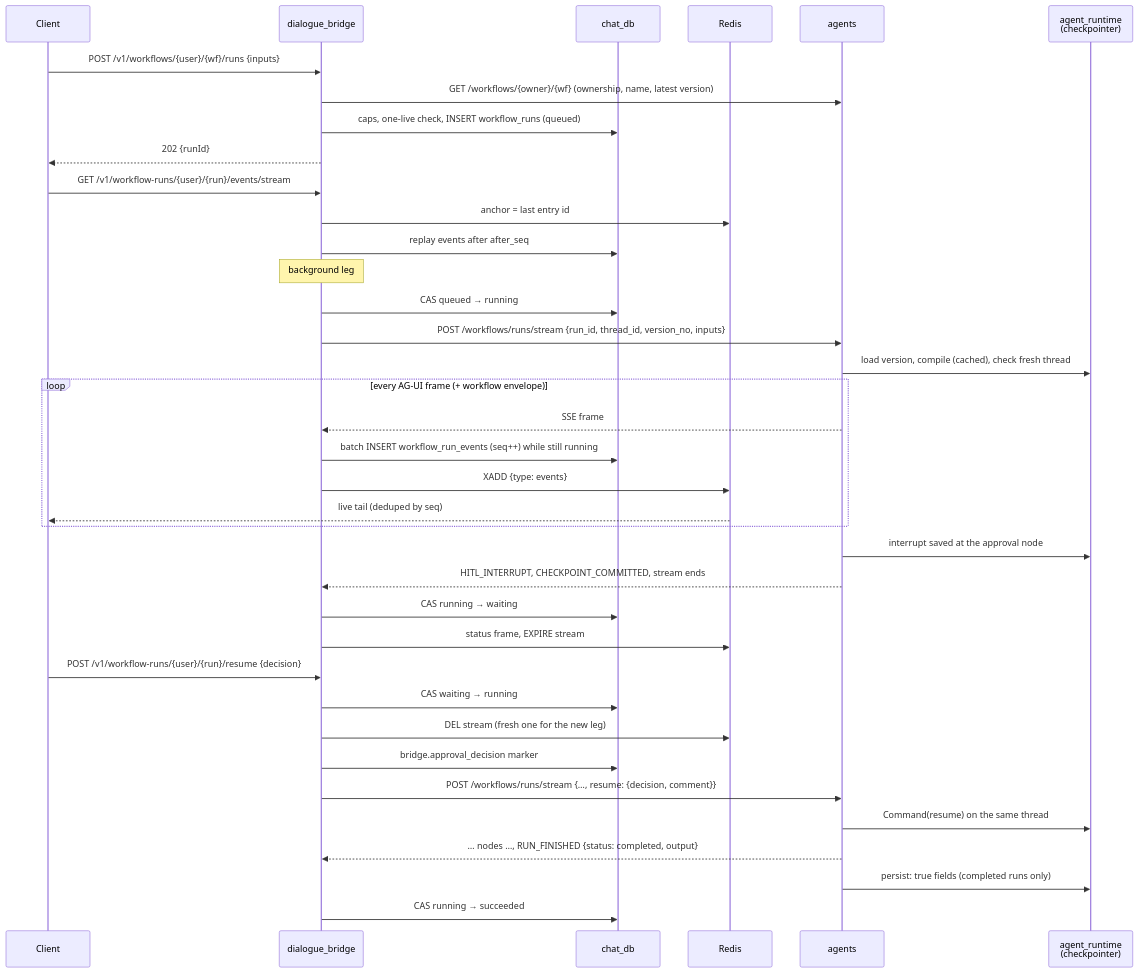
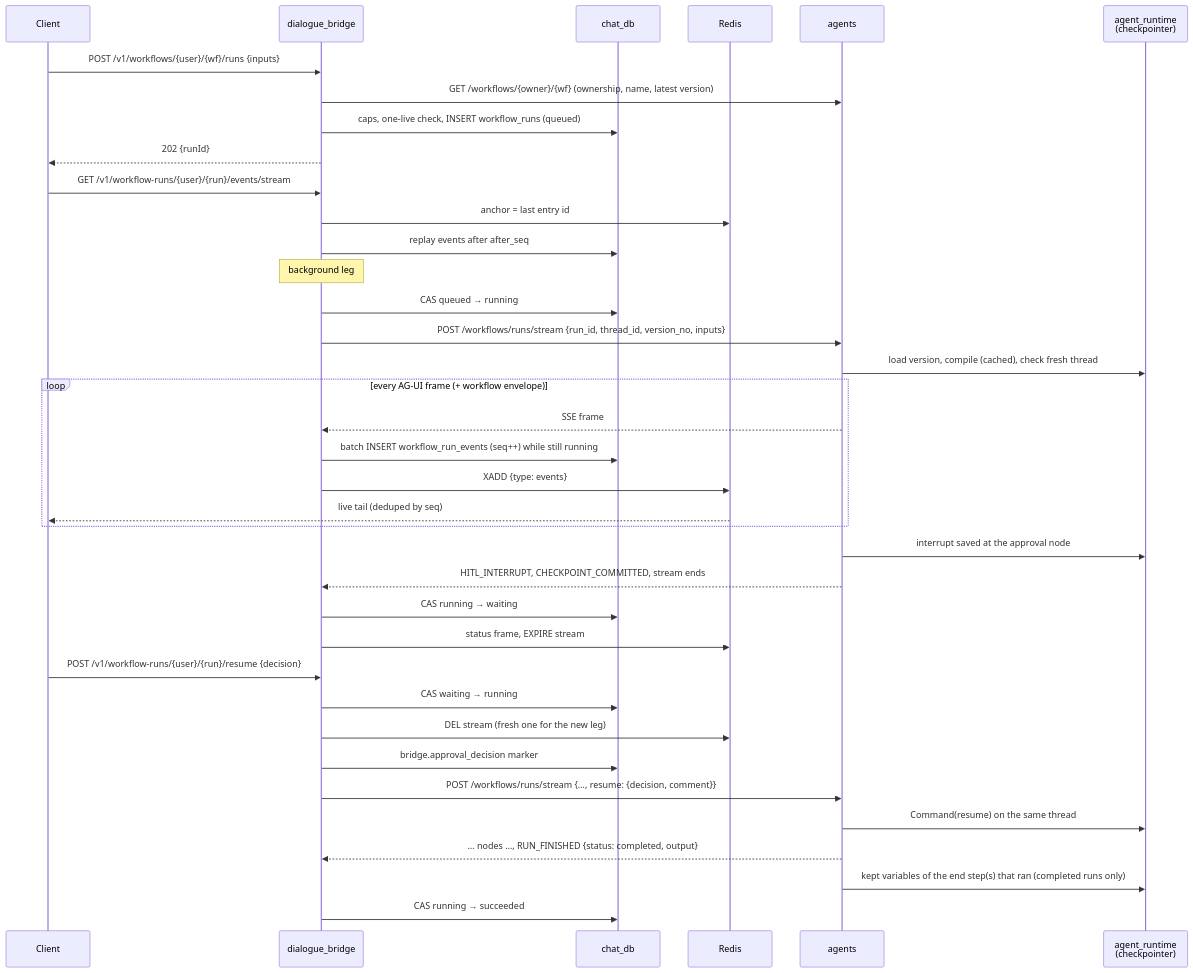
The second of 5 diagrams in docs/flows/workflows.md (konstantinosmpouros/mAgenticX), drawn with Mermaid before and after one commit. The commit also changed other lines of this file and 64 other files, not shown here.

Commit message:
feat(workflows): replace declared variables with Set-created ones, keep values across runs from the End step, and keep every loop run

````diff
--- a/docs/flows/workflows.md
+++ b/docs/flows/workflows.md
@@ -37,40 +37,40 @@
 ```mermaid
 sequenceDiagram
     participant UI as Client
     participant B as dialogue_bridge
     participant DB as chat_db
     participant R as Redis
     participant A as agents
     participant CP as agent_runtime<br/>(checkpointer)
 
     UI->>B: POST /v1/workflows/{user}/{wf}/runs {inputs}
     B->>A: GET /workflows/{owner}/{wf} (ownership, name, latest version)
     B->>DB: caps, one-live check, INSERT workflow_runs (queued)
     B-->>UI: 202 {runId}
     UI->>B: GET /v1/workflow-runs/{user}/{run}/events/stream
     B->>R: anchor = last entry id
     B->>DB: replay events after after_seq
     Note over B: background leg
     B->>DB: CAS queued → running
     B->>A: POST /workflows/runs/stream {run_id, thread_id, version_no, inputs}
     A->>CP: load version, compile (cached), check fresh thread
     loop every AG-UI frame (+ workflow envelope)
         A-->>B: SSE frame
         B->>DB: batch INSERT workflow_run_events (seq++) while still running
         B->>R: XADD {type: events}
         R-->>UI: live tail (deduped by seq)
     end
     A->>CP: interrupt saved at the approval node
     A-->>B: HITL_INTERRUPT, CHECKPOINT_COMMITTED, stream ends
     B->>DB: CAS running → waiting
     B->>R: status frame, EXPIRE stream
     UI->>B: POST /v1/workflow-runs/{user}/{run}/resume {decision}
     B->>DB: CAS waiting → running
     B->>R: DEL stream (fresh one for the new leg)
     B->>DB: bridge.approval_decision marker
     B->>A: POST /workflows/runs/stream {…, resume: {decision, comment}}
     A->>CP: Command(resume) on the same thread
     A-->>B: … nodes …, RUN_FINISHED {status: completed, output}
-    A->>CP: persist: true fields (completed runs only)
+    A->>CP: kept variables of the end step(s) that ran (completed runs only)
     B->>DB: CAS running → succeeded
 ```
````
